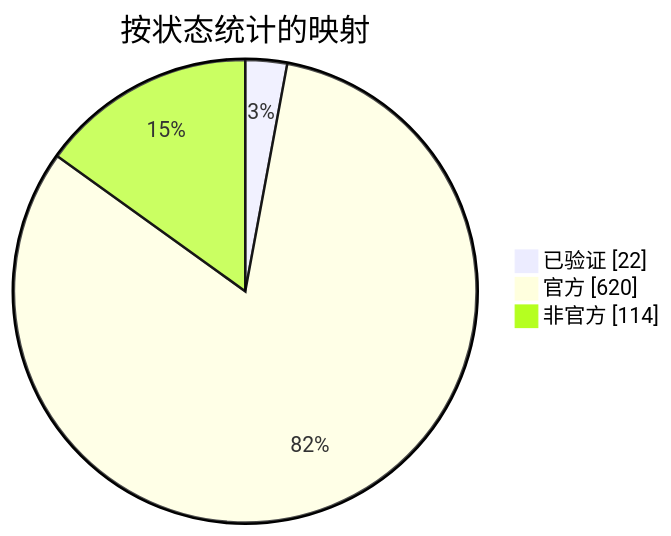
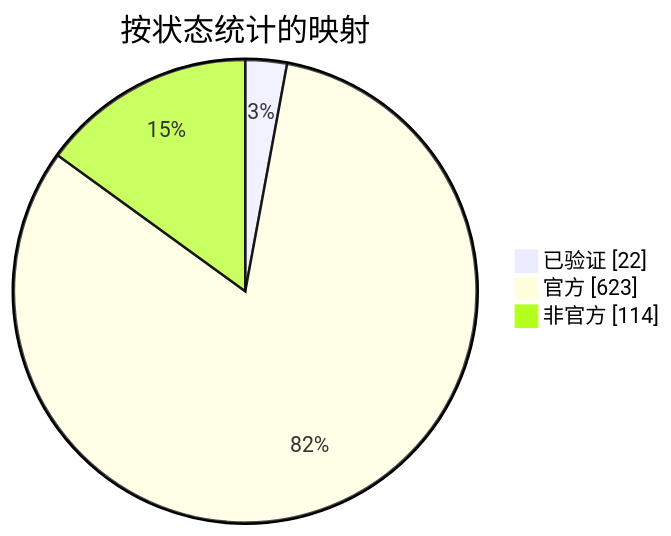
One commit to nobrega8/mbmap-library changed the diagram in docs/readme/README_ZHS.md. Above: the diagram before and after it, drawn with Mermaid. The commit also changed 8 other files, not shown here.

````diff
--- a/docs/readme/README_ZHS.md
+++ b/docs/readme/README_ZHS.md
@@ -54,7 +54,7 @@
 ```mermaid
 pie showData
     title 按状态统计的映射
     "已验证" : 22
-    "官方" : 620
+    "官方" : 623
     "非官方" : 114
 ```
````
